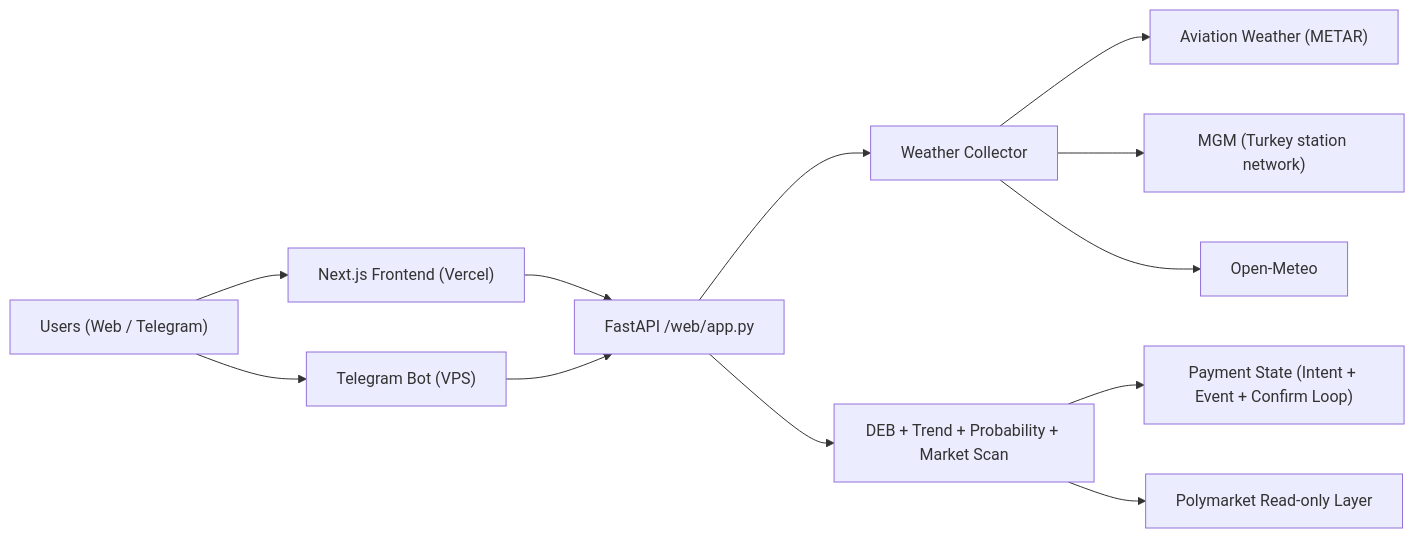
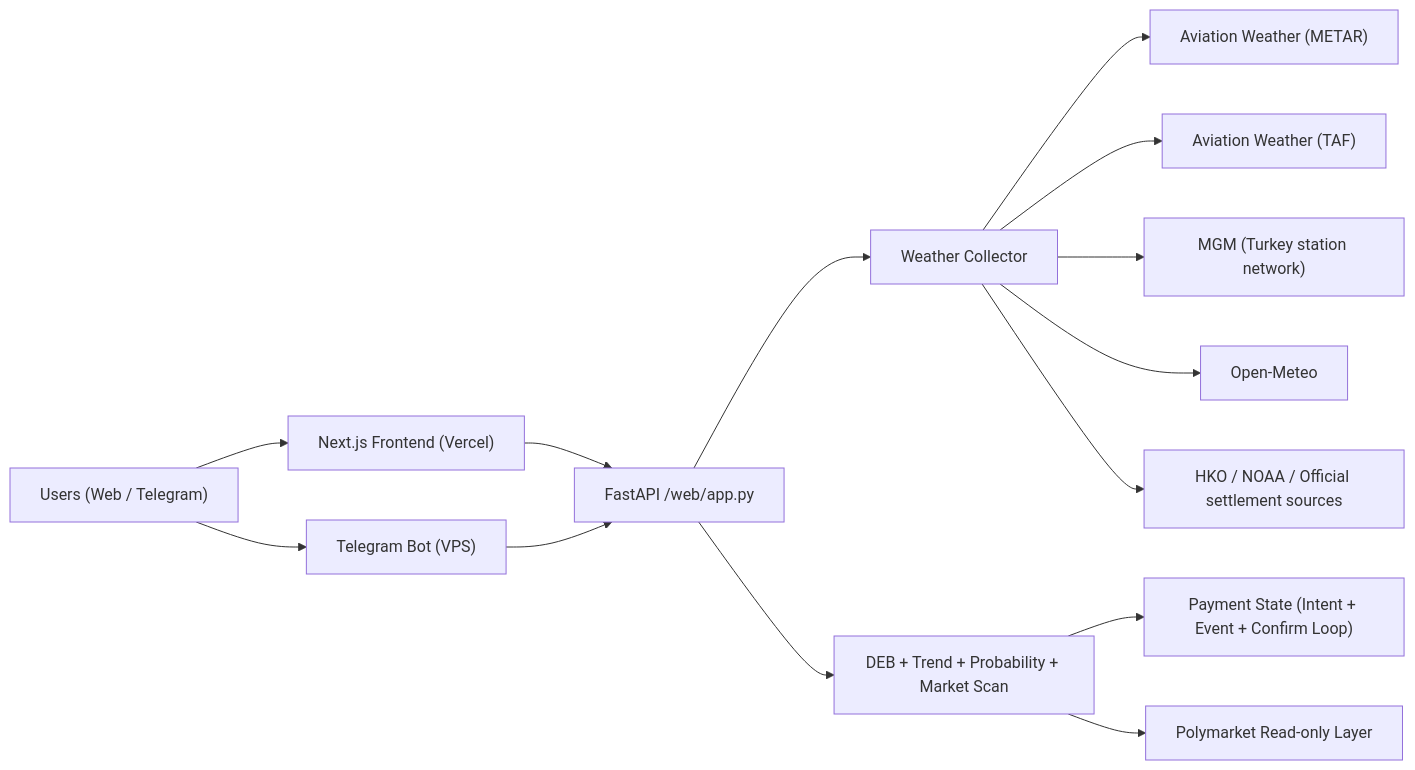
Before and after one commit to ivanmladek/PolyWeather: the diagram in README.md, drawn with Mermaid. The commit also changed other lines of this file and 7 other files, not shown here.

````diff
--- a/README.md
+++ b/README.md
@@ -48,16 +55,18 @@
 ```mermaid
 flowchart LR
     U["Users (Web / Telegram)"] --> FE["Next.js Frontend (Vercel)"]
     U --> BOT["Telegram Bot (VPS)"]
     FE --> API["FastAPI /web/app.py"]
     BOT --> API
 
     API --> WX["Weather Collector"]
     WX --> METAR["Aviation Weather (METAR)"]
+    WX --> TAF["Aviation Weather (TAF)"]
     WX --> MGM["MGM (Turkey station network)"]
     WX --> OM["Open-Meteo"]
+    WX --> HKO["HKO / NOAA / Official settlement sources"]
 
     API --> ANA["DEB + Trend + Probability + Market Scan"]
     ANA --> PAY["Payment State (Intent + Event + Confirm Loop)"]
     ANA --> PM["Polymarket Read-only Layer"]
 ```
````
